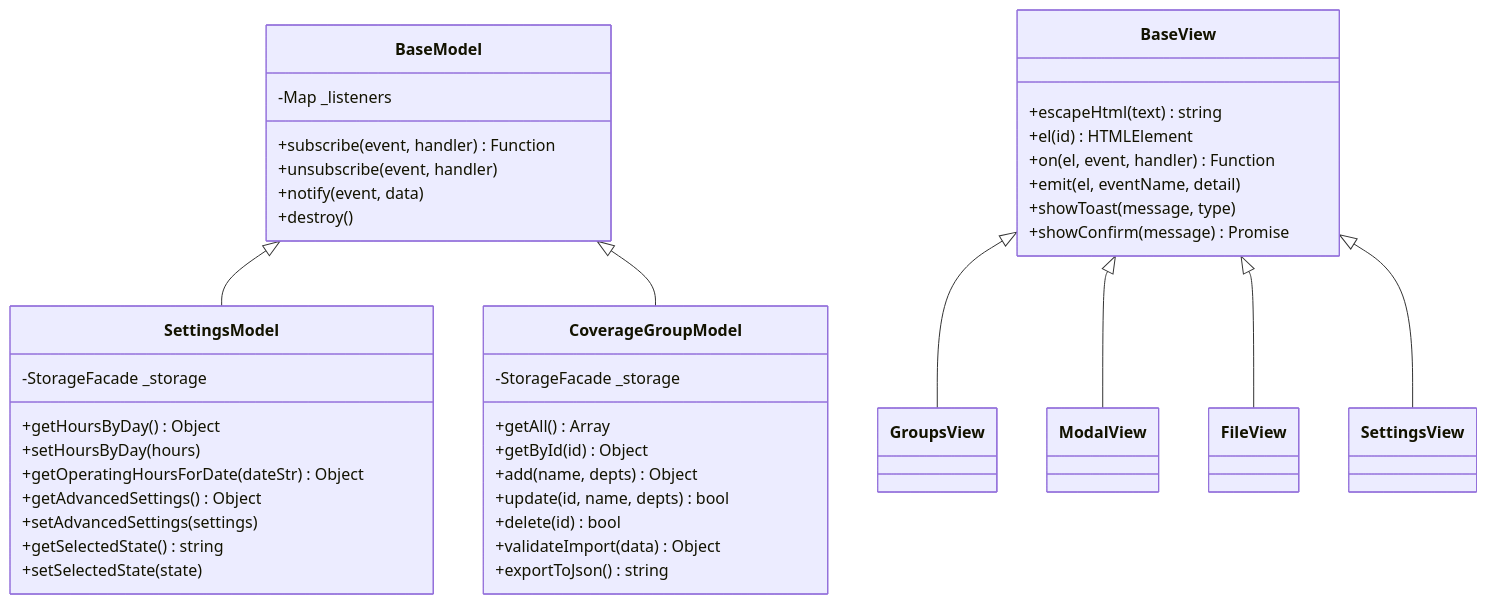
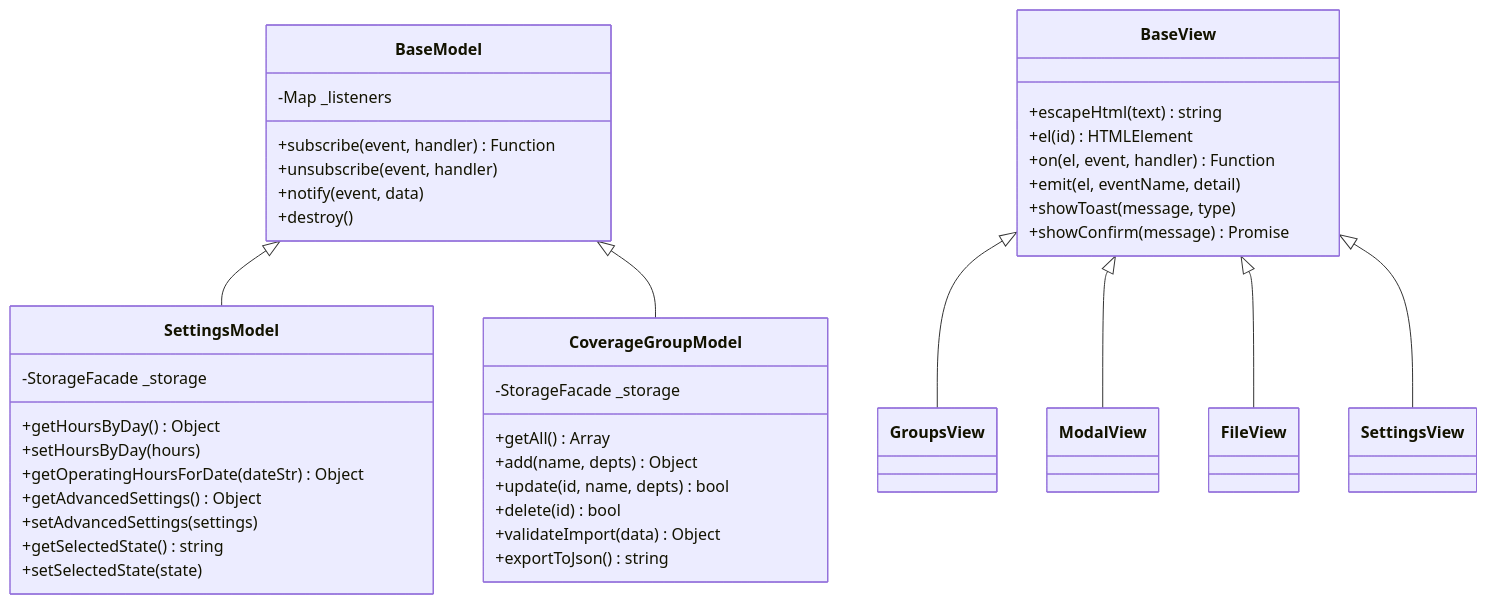
Before and after one commit to kadencampb/break-schedule-tool: the second of 6 diagrams in README.md, drawn with Mermaid. The commit also changed other lines of this file, not shown here.

````diff
--- a/README.md
+++ b/README.md
@@ -77,53 +78,48 @@
 ```mermaid
 classDiagram
     class BaseModel {
         -Map _listeners
         +subscribe(event, handler) Function
         +unsubscribe(event, handler)
         +notify(event, data)
         +destroy()
     }
-
     class SettingsModel {
         -StorageFacade _storage
         +getHoursByDay() Object
         +setHoursByDay(hours)
         +getOperatingHoursForDate(dateStr) Object
         +getAdvancedSettings() Object
         +setAdvancedSettings(settings)
         +getSelectedState() string
         +setSelectedState(state)
     }
-
     class CoverageGroupModel {
         -StorageFacade _storage
         +getAll() Array
-        +getById(id) Object
         +add(name, depts) Object
         +update(id, name, depts) bool
         +delete(id) bool
         +validateImport(data) Object
         +exportToJson() string
     }
-
     class BaseView {
         +escapeHtml(text) string
         +el(id) HTMLElement
         +on(el, event, handler) Function
         +emit(el, eventName, detail)
         +showToast(message, type)
         +showConfirm(message) Promise
     }
-
     class GroupsView
     class ModalView
     class FileView
     class SettingsView
 
     BaseModel <|-- SettingsModel
     BaseModel <|-- CoverageGroupModel
     BaseView <|-- GroupsView
     BaseView <|-- ModalView
     BaseView <|-- FileView
     BaseView <|-- SettingsView
 ```
````
